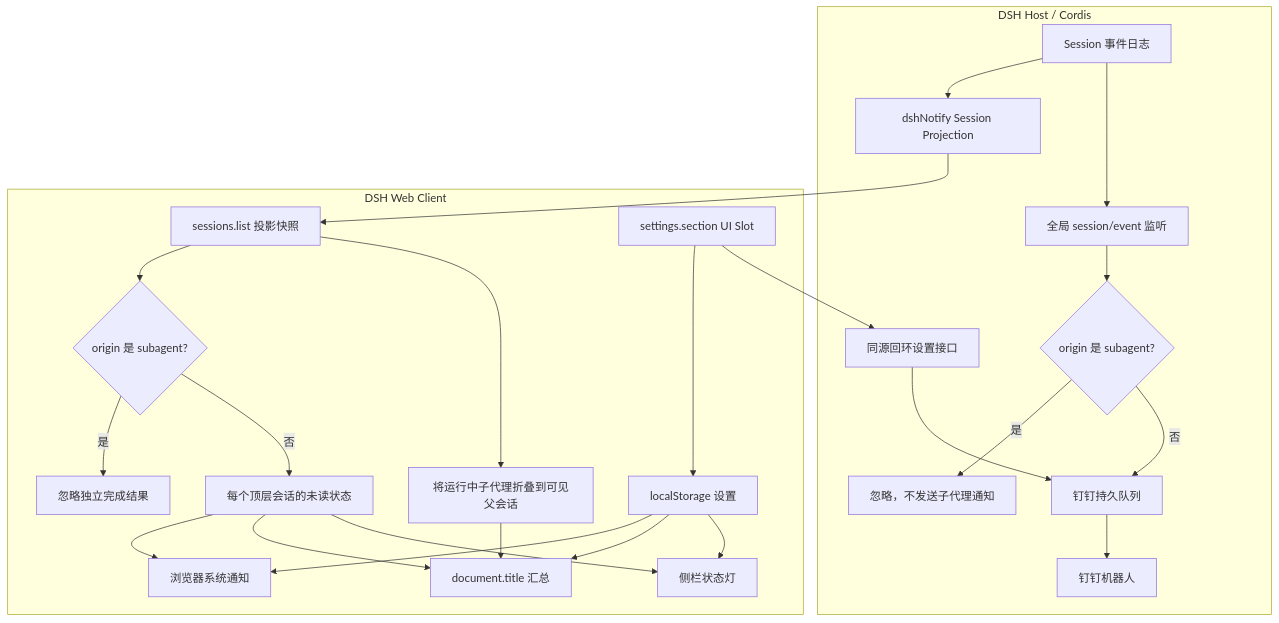
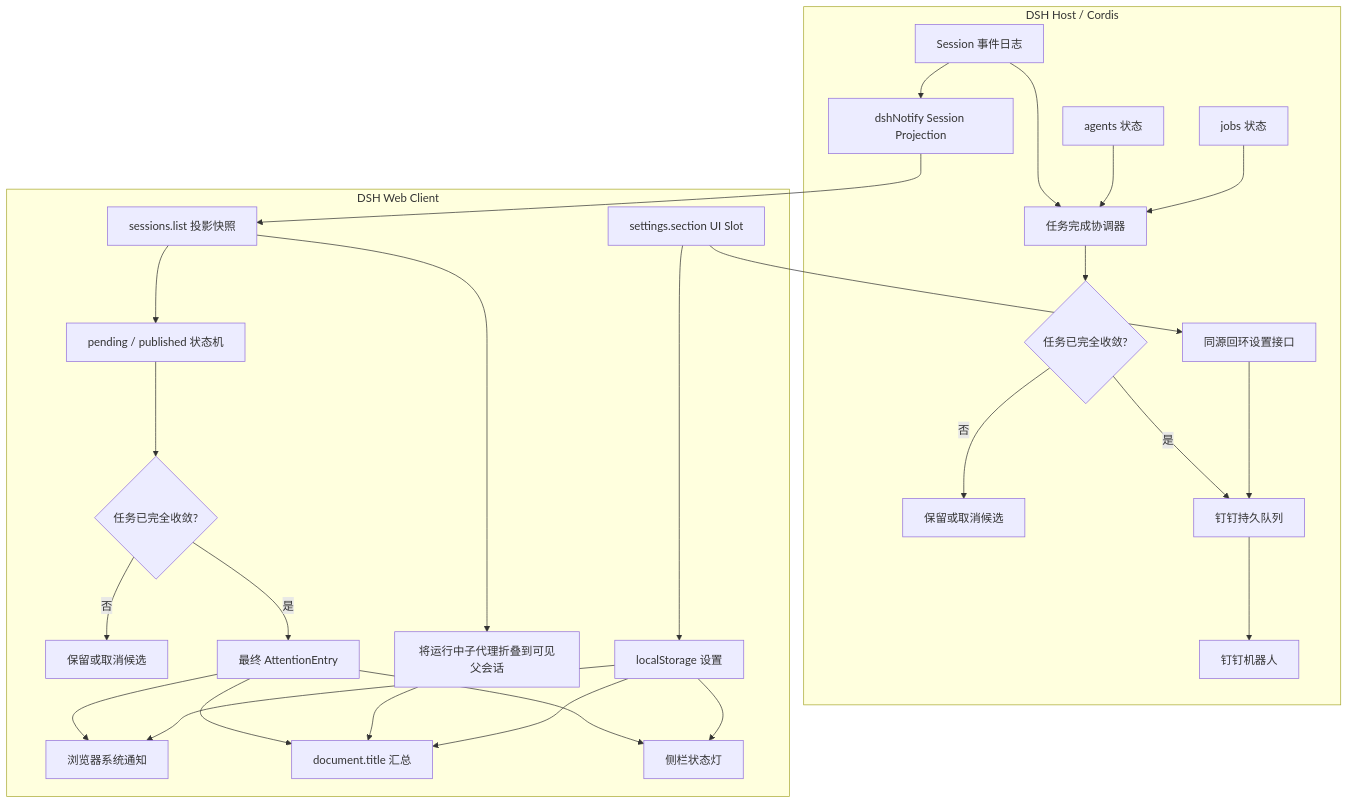
The diagram in README.md (weekitmo/dsh-notify), drawn with Mermaid before and after one commit. The commit also changed other lines of this file and 26 other files, not shown here.

````diff
--- a/README.md
+++ b/README.md
@@ -22,29 +22,32 @@
 ```mermaid
 flowchart TB
   subgraph Host[DSH Host / Cordis]
     Events[Session 事件日志] --> Projection[dshNotify Session Projection]
-    Events --> Listener[全局 session/event 监听]
-    Listener --> HostFilter{origin 是 subagent?}
-    HostFilter -->|是| IgnoreHost[忽略，不发送子代理通知]
-    HostFilter -->|否| DingQueue[钉钉持久队列]
+    Events --> Coordinator[任务完成协调器]
+    Agents[agents 状态] --> Coordinator
+    Jobs[jobs 状态] --> Coordinator
+    Coordinator --> HostFilter{任务已完全收敛?}
+    HostFilter -->|否| PendingHost[保留或取消候选]
+    HostFilter -->|是| DingQueue[钉钉持久队列]
     DingQueue --> DingTalk[钉钉机器人]
     SettingsApi[同源回环设置接口] --> DingQueue
   end
 
   subgraph Web[DSH Web Client]
     Projection --> SessionList[sessions.list 投影快照]
-    SessionList --> ClientFilter{origin 是 subagent?}
-    ClientFilter -->|是| IgnoreClient[忽略独立完成结果]
-    ClientFilter -->|否| Unread[每个顶层会话的未读状态]
+    SessionList --> ClientState[pending / published 状态机]
+    ClientState --> ClientFilter{任务已完全收敛?}
+    ClientFilter -->|否| PendingClient[保留或取消候选]
+    ClientFilter -->|是| Unread[最终 AttentionEntry]
     Unread --> System[浏览器系统通知]
     Unread --> Title[document.title 汇总]
     Unread --> Sidebar[侧栏状态灯]
     SessionList --> Running[将运行中子代理折叠到可见父会话]
     Running --> Title
     LocalSettings[localStorage 设置] --> System
     LocalSettings --> Title
     LocalSettings --> Sidebar
     Slot[settings.section UI Slot] --> LocalSettings
     Slot --> SettingsApi
   end
 ```
````
